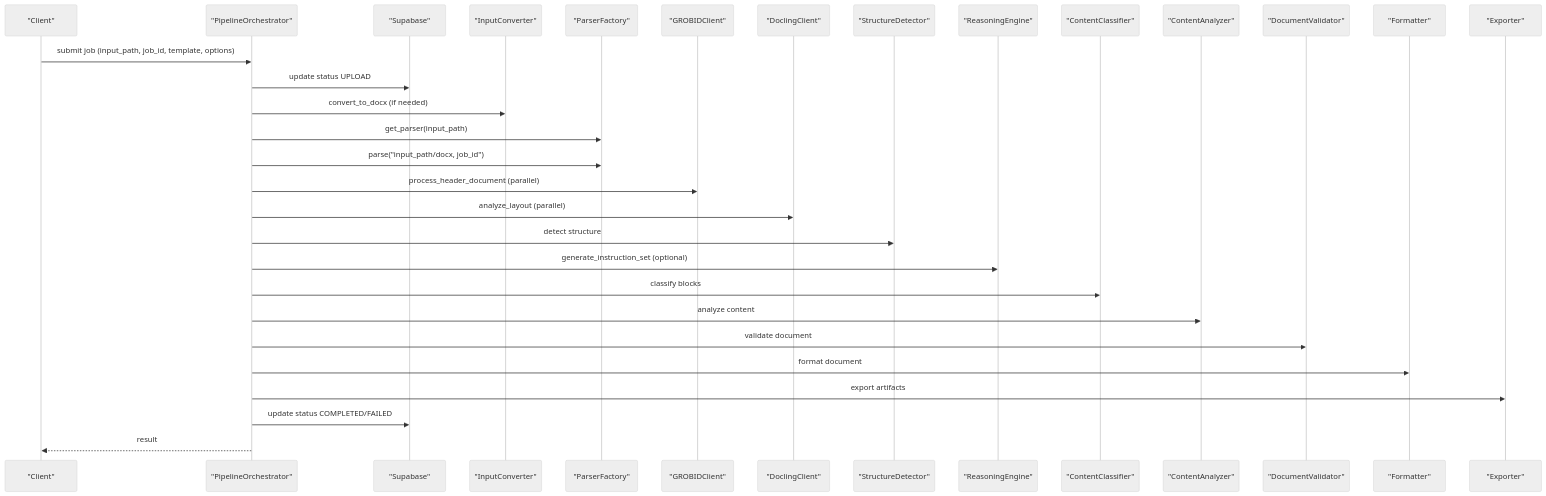
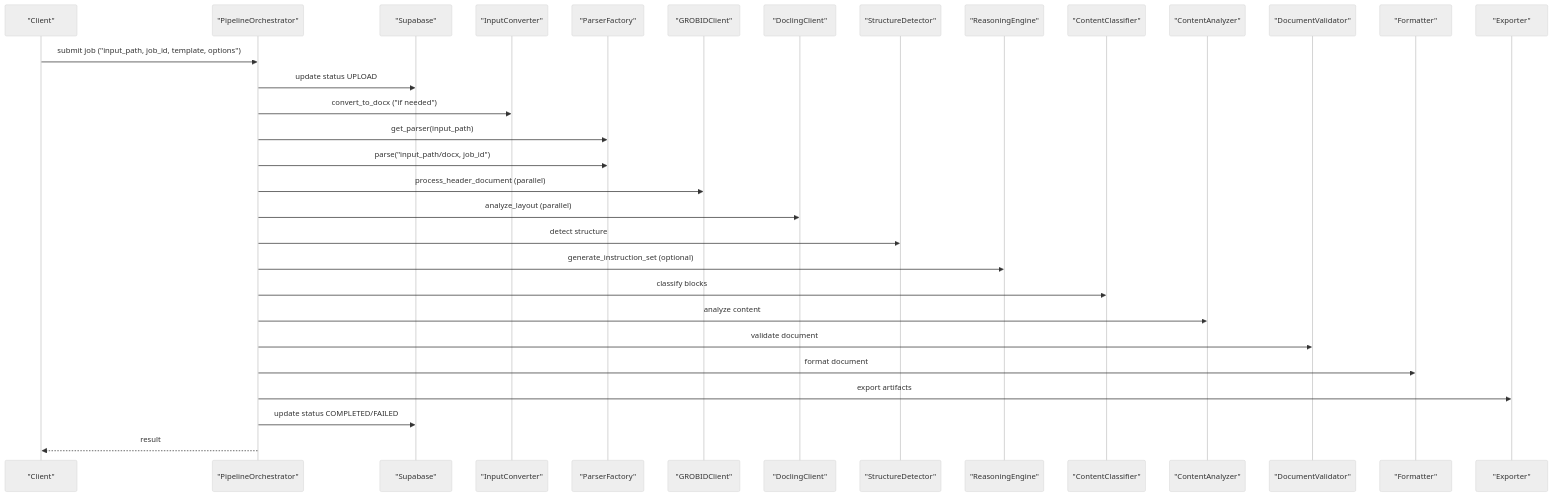
Before and after one commit to rohitkumarnaidu/ScholarFormAI: the second of 5 diagrams in docs/docs/knowledge/Pipeline Processing/Pipeline Processing.md, drawn with Mermaid (neutral theme). The commit also changed other lines of this file and 611 other files, not shown here.

````diff
--- a/docs/docs/knowledge/Pipeline Processing/Pipeline Processing.md
+++ b/docs/docs/knowledge/Pipeline Processing/Pipeline Processing.md
@@ -146,33 +146,33 @@
 ```mermaid
 sequenceDiagram
 participant Client as "Client"
 participant Orchestrator as "PipelineOrchestrator"
 participant DB as "Supabase"
 participant Conv as "InputConverter"
 participant PF as "ParserFactory"
 participant G as "GROBIDClient"
 participant D as "DoclingClient"
 participant SD as "StructureDetector"
 participant RE as "ReasoningEngine"
 participant CL as "ContentClassifier"
 participant NA as "ContentAnalyzer"
 participant VL as "DocumentValidator"
 participant FM as "Formatter"
 participant EX as "Exporter"
-Client->>Orchestrator : submit job (input_path, job_id, template, options)
+Client->>Orchestrator : submit job ("input_path, job_id, template, options")
 Orchestrator->>DB : update status UPLOAD
-Orchestrator->>Conv : convert_to_docx (if needed)
+Orchestrator->>Conv : convert_to_docx ("if needed")
 Orchestrator->>PF : get_parser(input_path)
 Orchestrator->>PF : parse("input_path/docx, job_id")
 Orchestrator->>G : process_header_document (parallel)
 Orchestrator->>D : analyze_layout (parallel)
 Orchestrator->>SD : detect structure
 Orchestrator->>RE : generate_instruction_set (optional)
 Orchestrator->>CL : classify blocks
 Orchestrator->>NA : analyze content
 Orchestrator->>VL : validate document
 Orchestrator->>FM : format document
 Orchestrator->>EX : export artifacts
 Orchestrator->>DB : update status COMPLETED/FAILED
 Orchestrator-->>Client : result
 ```
````
